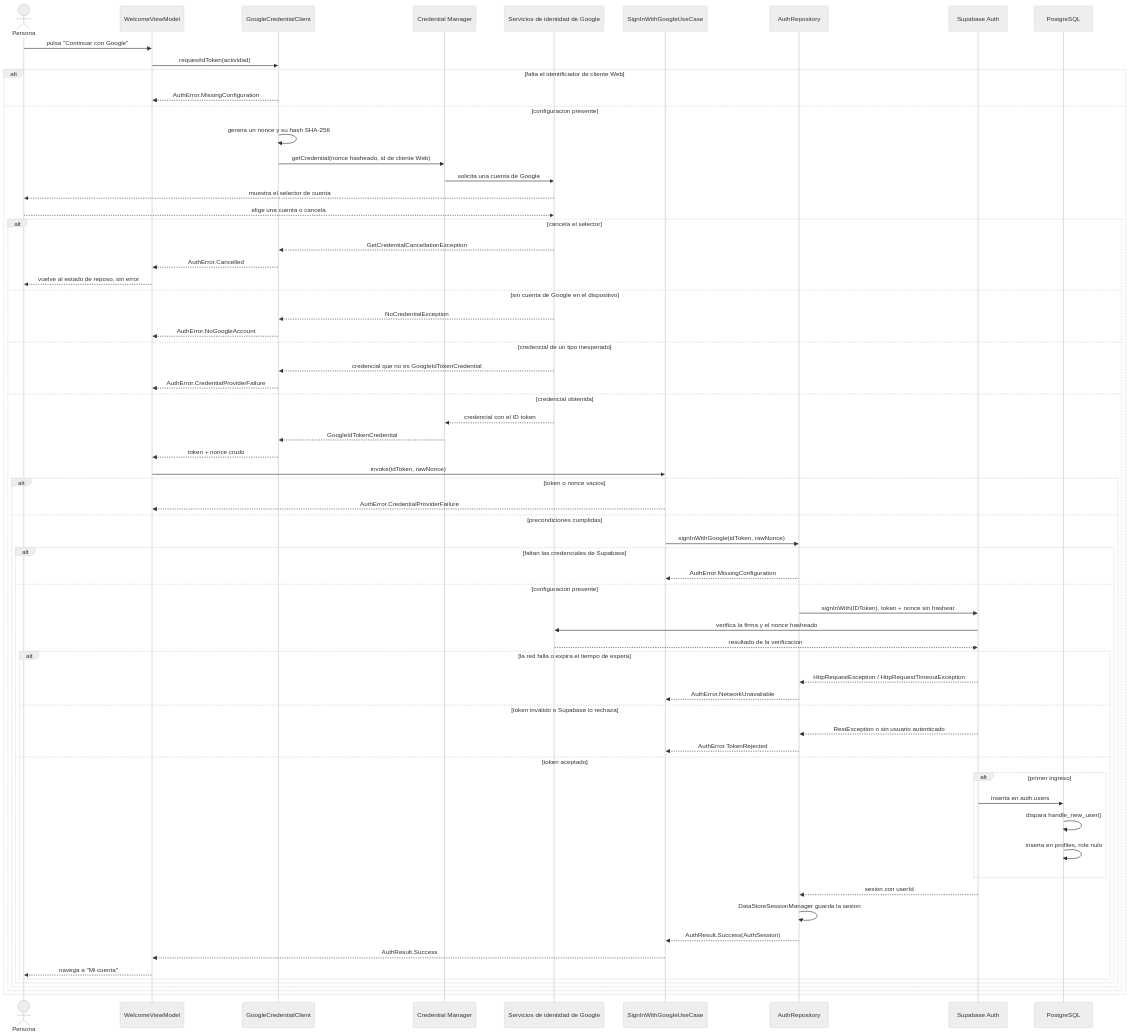
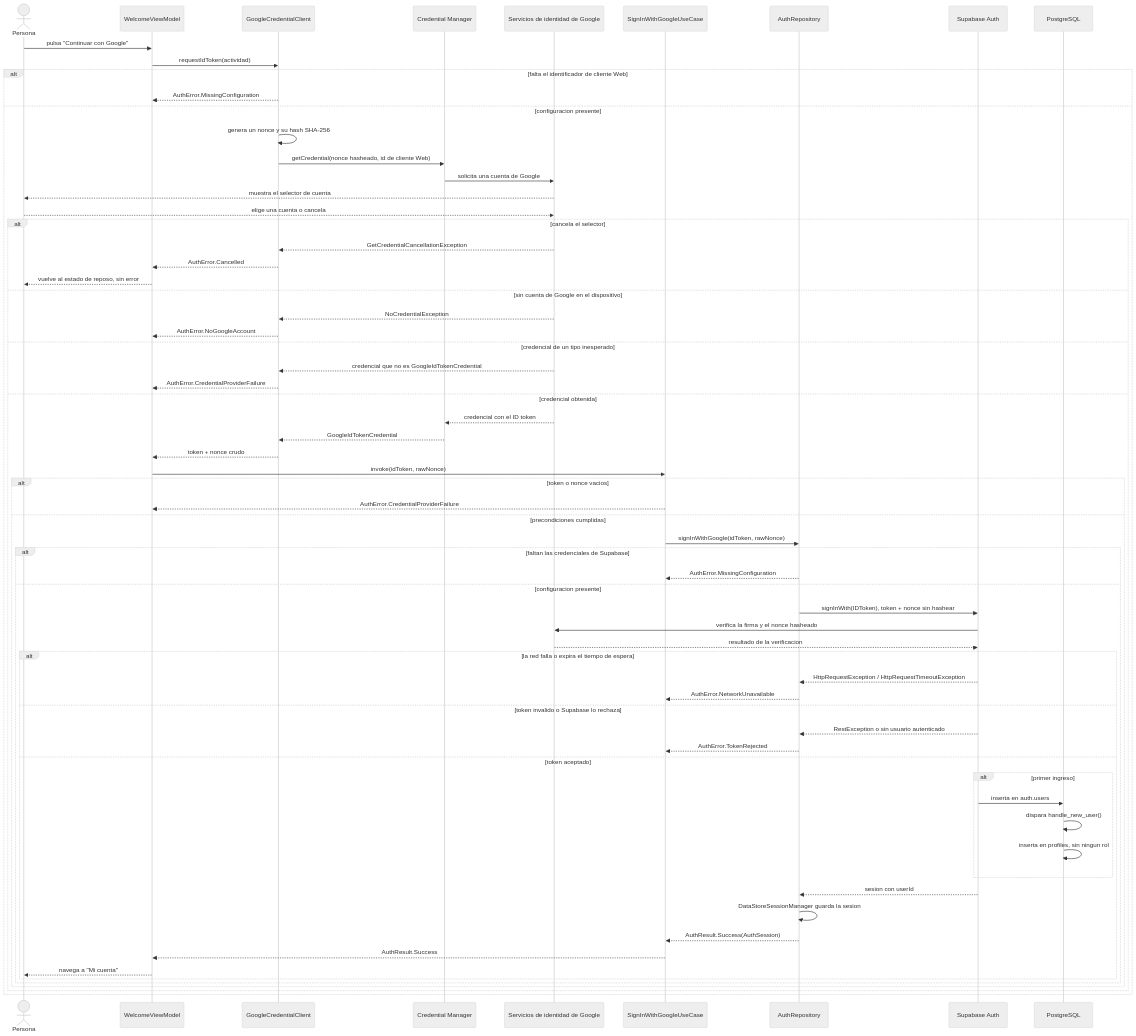
Before and after one commit to christian-ledezma/salud-en-casa: the first of 2 diagrams in docs/architecture/auth-sequence.md, drawn with Mermaid (neutral theme). The commit also changed other lines of this file and 1 other file, not shown here.

Commit message:
docs: redraw the data model and the role gate for multiple roles

````diff
--- a/docs/architecture/auth-sequence.md
+++ b/docs/architecture/auth-sequence.md
@@ -20,77 +20,77 @@
 ```mermaid
 sequenceDiagram
     actor U as Persona
     participant VM as WelcomeViewModel
     participant GC as GoogleCredentialClient
     participant CM as Credential Manager
     participant GIS as Servicios de identidad de Google
     participant UC as SignInWithGoogleUseCase
     participant Repo as AuthRepository
     participant Auth as Supabase Auth
     participant DB as PostgreSQL
 
     U->>VM: pulsa "Continuar con Google"
     VM->>GC: requestIdToken(actividad)
 
     alt falta el identificador de cliente Web
         GC-->>VM: AuthError.MissingConfiguration
     else configuracion presente
         GC->>GC: genera un nonce y su hash SHA-256
         GC->>CM: getCredential(nonce hasheado, id de cliente Web)
         CM->>GIS: solicita una cuenta de Google
         GIS-->>U: muestra el selector de cuenta
         U-->>GIS: elige una cuenta o cancela
 
         alt cancela el selector
             GIS-->>GC: GetCredentialCancellationException
             GC-->>VM: AuthError.Cancelled
             VM-->>U: vuelve al estado de reposo, sin error
         else sin cuenta de Google en el dispositivo
             GIS-->>GC: NoCredentialException
             GC-->>VM: AuthError.NoGoogleAccount
         else credencial de un tipo inesperado
             GIS-->>GC: credencial que no es GoogleIdTokenCredential
             GC-->>VM: AuthError.CredentialProviderFailure
         else credencial obtenida
             GIS-->>CM: credencial con el ID token
             CM-->>GC: GoogleIdTokenCredential
             GC-->>VM: token + nonce crudo
             VM->>UC: invoke(idToken, rawNonce)
 
             alt token o nonce vacios
                 UC-->>VM: AuthError.CredentialProviderFailure
             else precondiciones cumplidas
                 UC->>Repo: signInWithGoogle(idToken, rawNonce)
 
                 alt faltan las credenciales de Supabase
                     Repo-->>UC: AuthError.MissingConfiguration
                 else configuracion presente
                     Repo->>Auth: signInWith(IDToken), token + nonce sin hashear
                     Auth->>GIS: verifica la firma y el nonce hasheado
                     GIS-->>Auth: resultado de la verificacion
 
                     alt la red falla o expira el tiempo de espera
                         Auth-->>Repo: HttpRequestException / HttpRequestTimeoutException
                         Repo-->>UC: AuthError.NetworkUnavailable
                     else token invalido o Supabase lo rechaza
                         Auth-->>Repo: RestException o sin usuario autenticado
                         Repo-->>UC: AuthError.TokenRejected
                     else token aceptado
 
                         alt primer ingreso
                             Auth->>DB: inserta en auth.users
                             DB->>DB: dispara handle_new_user()
-                            DB->>DB: inserta en profiles, role nulo
+                            DB->>DB: inserta en profiles, sin ningun rol
                         end
 
                         Auth-->>Repo: sesion con userId
                         Repo->>Repo: DataStoreSessionManager guarda la sesion
                         Repo-->>UC: AuthResult.Success(AuthSession)
                         UC-->>VM: AuthResult.Success
                         VM-->>U: navega a "Mi cuenta"
                     end
                 end
             end
         end
     end
 ```
````
